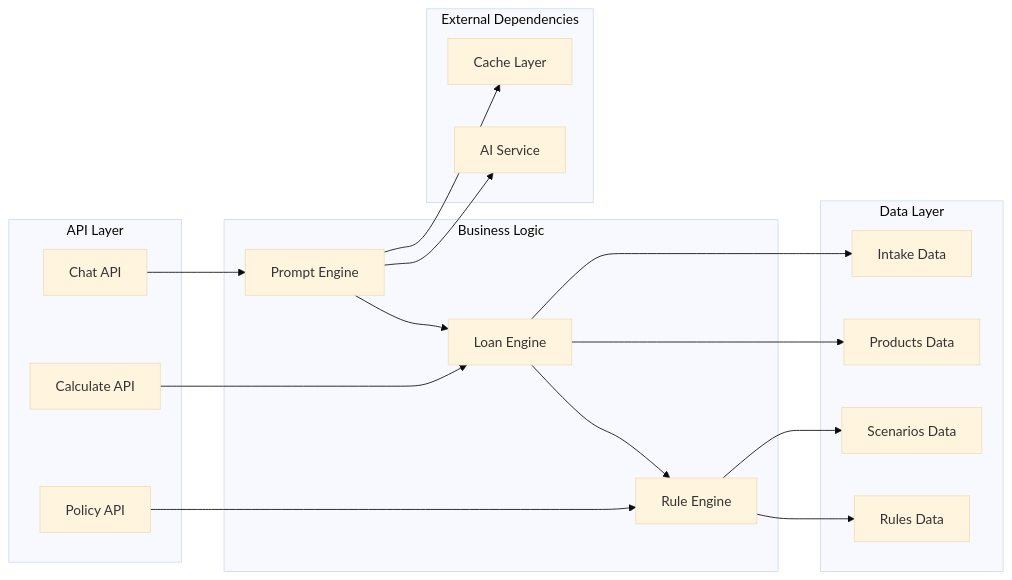
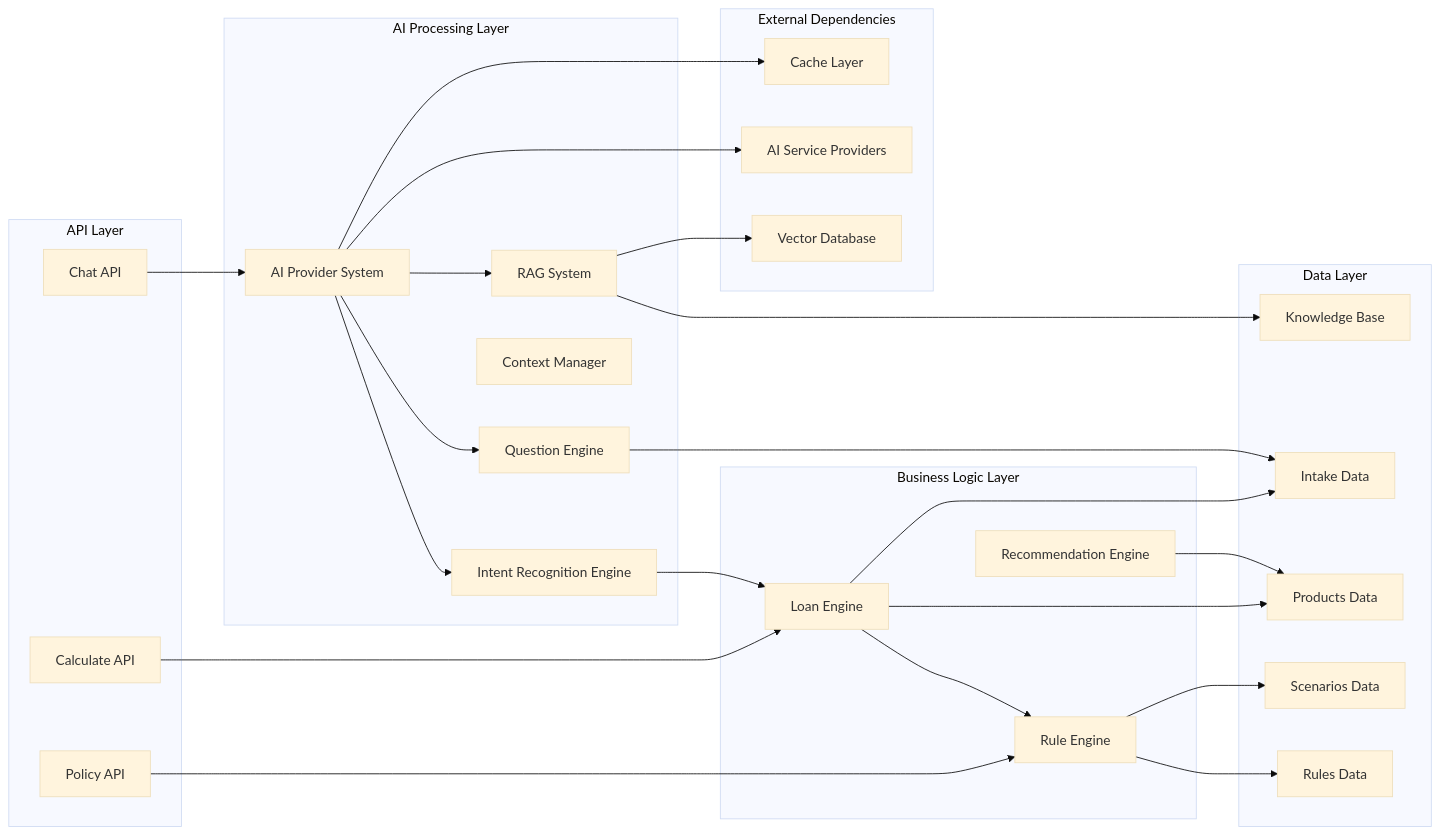
The eighth of 8 diagrams in .qoder/repowiki/en/content/Chat Interface/AI Processing Engine.md (alibaba-hackathon-fsi/frontend-vaya), drawn with Mermaid (base theme) before and after one commit. The commit also changed other lines of this file and 77 other files, not shown here.

````diff
--- a/.qoder/repowiki/en/content/Chat Interface/AI Processing Engine.md
+++ b/.qoder/repowiki/en/content/Chat Interface/AI Processing Engine.md
@@ -255,34 +472,50 @@
 ```mermaid
 graph LR
 subgraph "API Layer"
 ChatAPI[Chat API]
 CalcAPI[Calculate API]
 PolicyAPI[Policy API]
 end
-subgraph "Business Logic"
+subgraph "AI Processing Layer"
+ProviderSystem[AI Provider System]
+IntentRecognition[Intent Recognition Engine]
+QuestionEngine[Question Engine]
+RAGSystem[RAG System]
+ContextManager[Context Manager]
+end
+subgraph "Business Logic Layer"
 LoanEngine[Loan Engine]
 RuleEngine[Rule Engine]
-PromptEngine[Prompt Engine]
+RecommendationEngine[Recommendation Engine]
 end
 subgraph "Data Layer"
 IntakeData[Intake Data]
 RulesData[Rules Data]
 ProductsData[Products Data]
 ScenariosData[Scenarios Data]
+KnowledgeBase[Knowledge Base]
 end
 subgraph "External Dependencies"
-AIService[AI Service]
+AIService[AI Service Providers]
 Cache[Cache Layer]
+VectorDB[Vector Database]
 end
-ChatAPI --> PromptEngine
+ChatAPI --> ProviderSystem
 CalcAPI --> LoanEngine
 PolicyAPI --> RuleEngine
-PromptEngine --> LoanEngine
+ProviderSystem --> IntentRecognition
+ProviderSystem --> QuestionEngine
+ProviderSystem --> RAGSystem
+IntentRecognition --> LoanEngine
+QuestionEngine --> IntakeData
+RAGSystem --> KnowledgeBase
+RAGSystem --> VectorDB
 LoanEngine --> RuleEngine
 RuleEngine --> RulesData
-PromptEngine --> AIService
-PromptEngine --> Cache
+ProviderSystem --> AIService
+ProviderSystem --> Cache
 LoanEngine --> ProductsData
 LoanEngine --> IntakeData
 RuleEngine --> ScenariosData
+RecommendationEngine --> ProductsData
 ```
````
